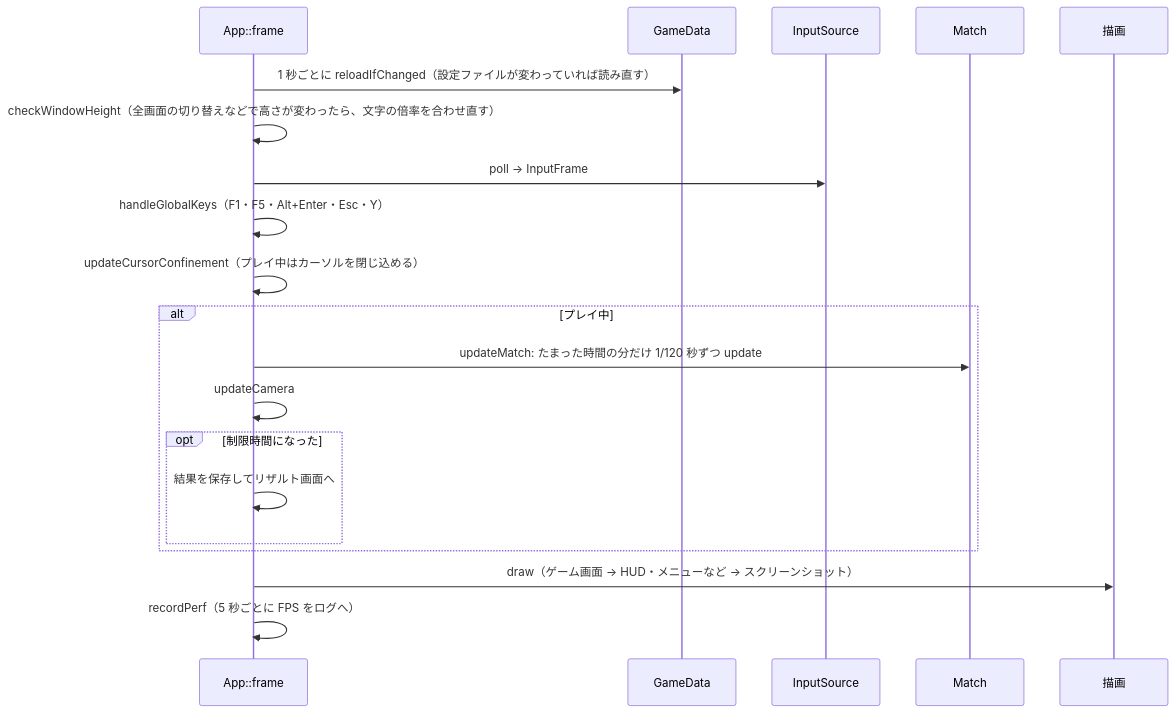
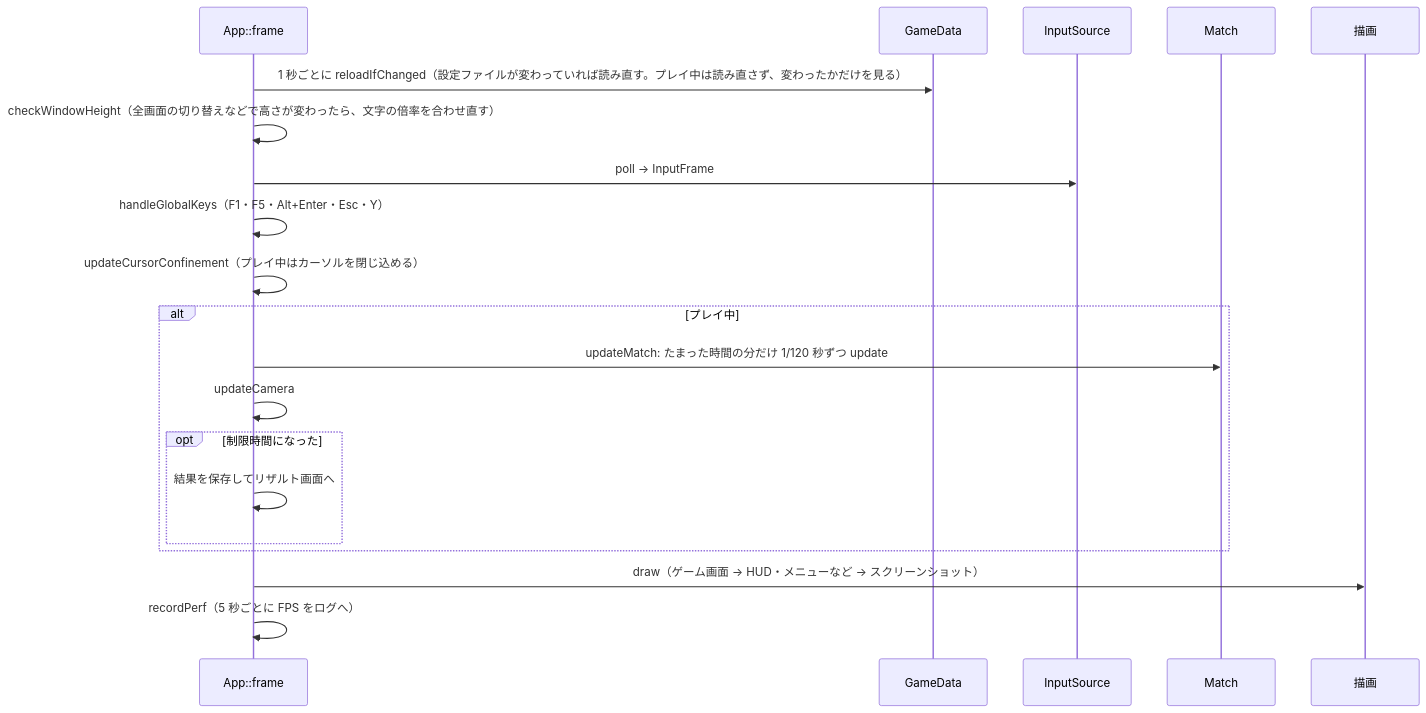
One commit to Sortorow/moba-trainer changed the fourth of 6 diagrams in docs/design/02-architecture.md. Above: the diagram before and after it, drawn with Mermaid. The commit also changed other lines of this file and 37 other files, not shown here.

````diff
--- a/docs/design/02-architecture.md
+++ b/docs/design/02-architecture.md
@@ -240,23 +240,23 @@
 ```mermaid
 sequenceDiagram
     participant F as App::frame
     participant D as GameData
     participant I as InputSource
     participant M as Match
     participant R as 描画
 
-    F->>D: 1 秒ごとに reloadIfChanged（設定ファイルが変わっていれば読み直す）
+    F->>D: 1 秒ごとに reloadIfChanged（設定ファイルが変わっていれば読み直す。プレイ中は読み直さず、変わったかだけを見る）
     F->>F: checkWindowHeight（全画面の切り替えなどで高さが変わったら、文字の倍率を合わせ直す）
     F->>I: poll → InputFrame
     F->>F: handleGlobalKeys（F1・F5・Alt+Enter・Esc・Y）
     F->>F: updateCursorConfinement（プレイ中はカーソルを閉じ込める）
     alt プレイ中
         F->>M: updateMatch: たまった時間の分だけ 1/120 秒ずつ update
         F->>F: updateCamera
         opt 制限時間になった
             F->>F: 結果を保存してリザルト画面へ
         end
     end
     F->>R: draw（ゲーム画面 → HUD・メニューなど → スクリーンショット）
     F->>F: recordPerf（5 秒ごとに FPS をログへ）
 ```
````
